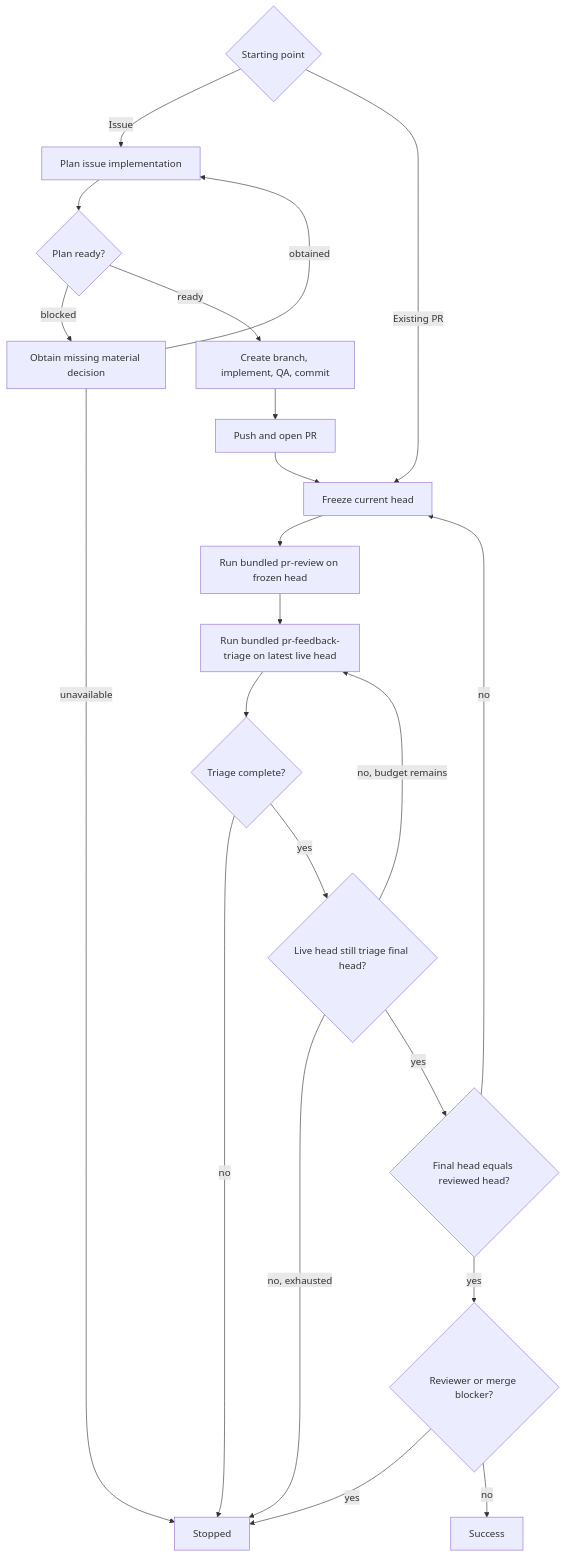
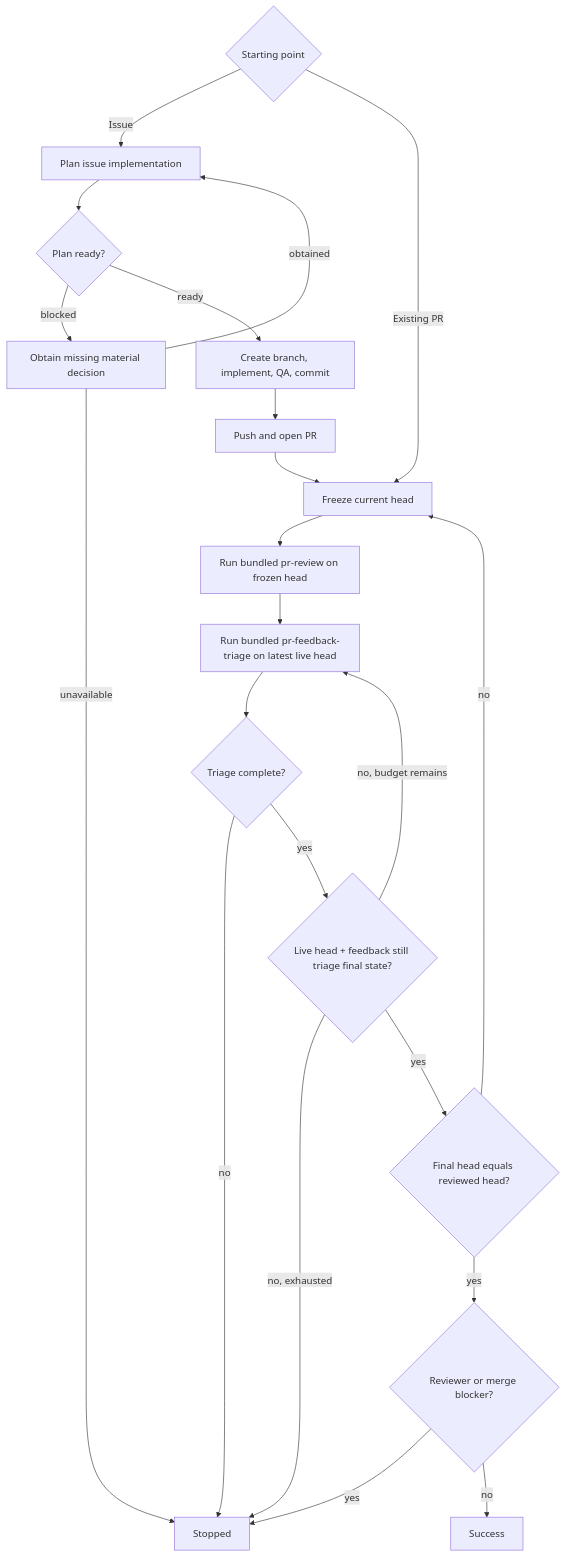
Before and after one commit to dceoy/pr-loop: the diagram in skills/pr-loop/SKILL.md, drawn with Mermaid. The commit also changed other lines of this file, not shown here.

Commit message:
Reconcile post-triage feedback state

````diff
--- a/skills/pr-loop/SKILL.md
+++ b/skills/pr-loop/SKILL.md
@@ -82,24 +82,24 @@
 ```mermaid
 flowchart TD
   S{Starting point} -->|Issue| P[Plan issue implementation]
   S -->|Existing PR| A
   P --> Q{Plan ready?}
   Q -->|blocked| R[Obtain missing material decision]
   R -->|obtained| P
   R -->|unavailable| K[Stopped]
   Q -->|ready| M[Create branch, implement, QA, commit]
   M --> N[Push and open PR]
   N --> A[Freeze current head]
   A --> B[Run bundled pr-review on frozen head]
   B --> C[Run bundled pr-feedback-triage on latest live head]
   C --> D{Triage complete?}
   D -->|no| K
-  D -->|yes| E{Live head still triage final head?}
+  D -->|yes| E{Live head + feedback still triage final state?}
   E -->|no, budget remains| C
   E -->|no, exhausted| K
   E -->|yes| F{Final head equals reviewed head?}
   F -->|no| A
   F -->|yes| G{Reviewer or merge blocker?}
   G -->|yes| K
   G -->|no| L[Success]
 ```
````
